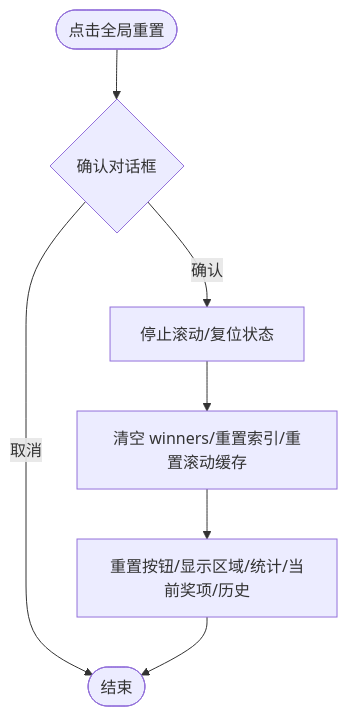
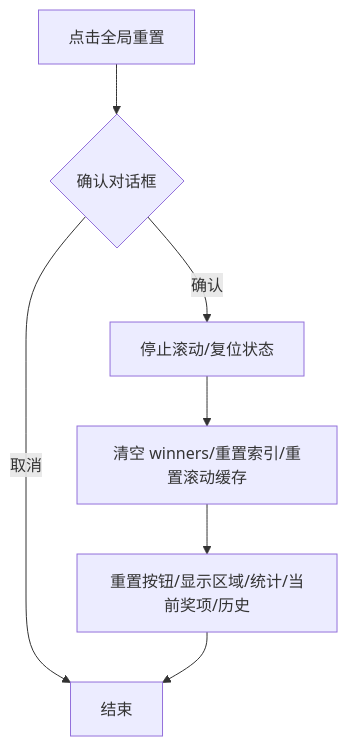
The seventh of 8 diagrams in .qoder/repowiki/zh/content/核心功能.md (jiargcn/qoder_gen_lottery), drawn with Mermaid before and after one commit. The commit also changed other lines of this file and 4 other files, not shown here.

````diff
--- a/.qoder/repowiki/zh/content/核心功能.md
+++ b/.qoder/repowiki/zh/content/核心功能.md
@@ -289,9 +296,9 @@
 ```mermaid
 flowchart TD
-RStart(["点击全局重置"]) --> Confirm{"确认对话框"}
-Confirm --> |取消| REnd(["结束"])
+RStart["点击全局重置"] --> Confirm{"确认对话框"}
+Confirm --> |取消| REnd["结束"]
 Confirm --> |确认| Stop["停止滚动/复位状态"]
 Stop --> Clear["清空 winners/重置索引/重置滚动缓存"]
 Clear --> ResetView["重置按钮/显示区域/统计/当前奖项/历史"]
 ResetView --> REnd
 ```
````
